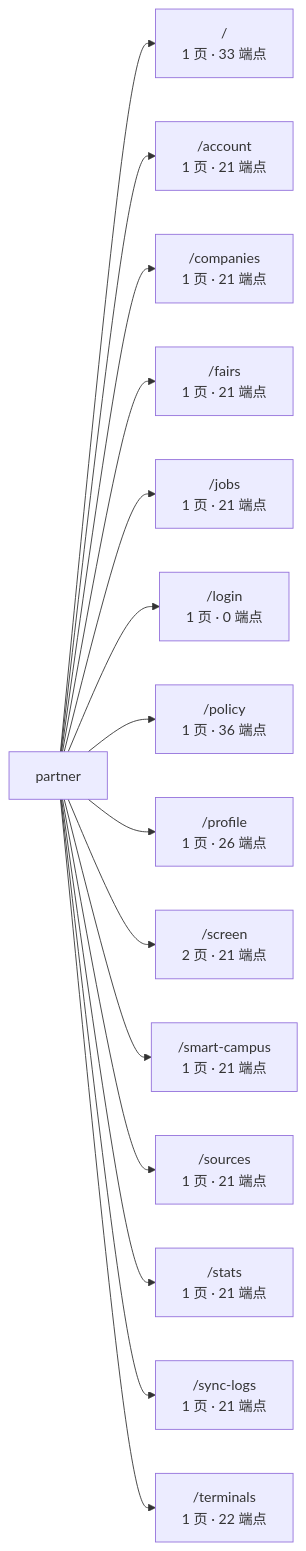
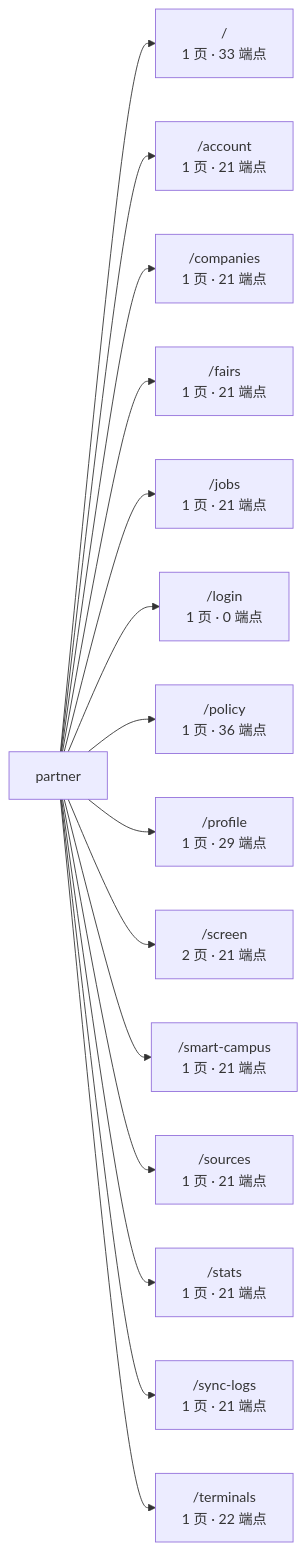
Before and after one commit to wanglei581/YITIJI: the third of 3 diagrams in docs/graph/routes.md, drawn with Mermaid. The commit also changed other lines of this file and 49 other files, not shown here.

````diff
--- a/docs/graph/routes.md
+++ b/docs/graph/routes.md
@@ -415,18 +415,18 @@
 ```mermaid
 flowchart LR
   app["partner"]
   app --> _root_["/<br/>1 页 · 33 端点"]
   app --> account["/account<br/>1 页 · 21 端点"]
   app --> companies["/companies<br/>1 页 · 21 端点"]
   app --> fairs["/fairs<br/>1 页 · 21 端点"]
   app --> jobs["/jobs<br/>1 页 · 21 端点"]
   app --> login["/login<br/>1 页 · 0 端点"]
   app --> policy["/policy<br/>1 页 · 36 端点"]
-  app --> profile["/profile<br/>1 页 · 26 端点"]
+  app --> profile["/profile<br/>1 页 · 29 端点"]
   app --> screen["/screen<br/>2 页 · 21 端点"]
   app --> smart_campus["/smart-campus<br/>1 页 · 21 端点"]
   app --> sources["/sources<br/>1 页 · 21 端点"]
   app --> stats["/stats<br/>1 页 · 21 端点"]
   app --> sync_logs["/sync-logs<br/>1 页 · 21 端点"]
   app --> terminals["/terminals<br/>1 页 · 22 端点"]
 ```
````
